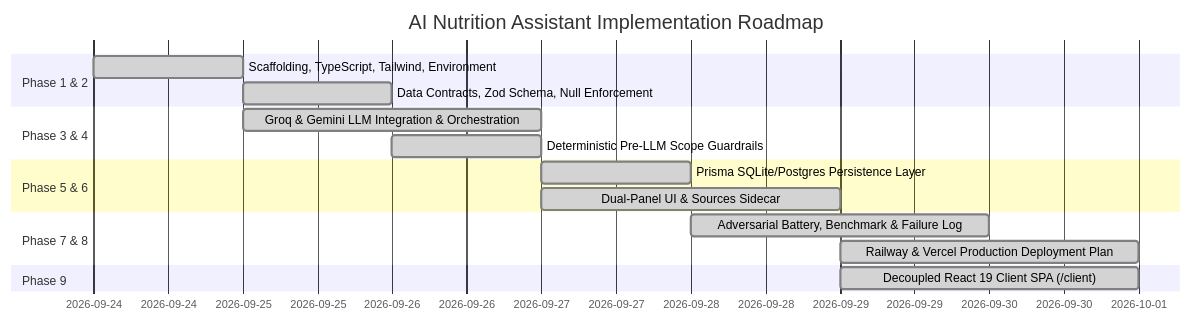
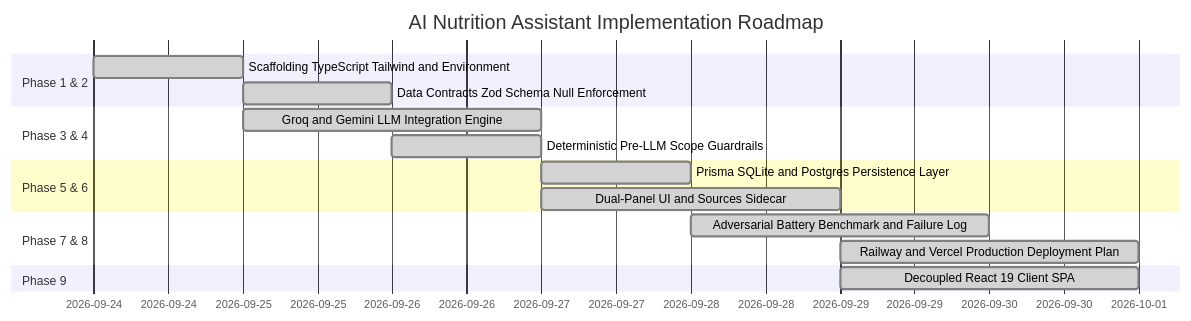
One commit to sivarajthava/nutrition-chatbot changed the fourth of 5 diagrams in README.md. Above: the diagram before and after it, drawn with Mermaid. The commit also changed 5 other files, not shown here.

````diff
--- a/README.md
+++ b/README.md
@@ -466,19 +466,19 @@
 ```mermaid
 gantt
     title AI Nutrition Assistant Implementation Roadmap
     dateFormat  YYYY-MM-DD
     section Phase 1 & 2
-    Scaffolding, TypeScript, Tailwind, Environment  :done, p1, 2026-09-24, 1d
-    Data Contracts, Zod Schema, Null Enforcement   :done, p2, 2026-09-25, 1d
+    Scaffolding TypeScript Tailwind and Environment  :done, p1, 2026-09-24, 1d
+    Data Contracts Zod Schema Null Enforcement       :done, p2, 2026-09-25, 1d
     section Phase 3 & 4
-    Groq & Gemini LLM Integration & Orchestration   :done, p3, 2026-09-25, 2d
-    Deterministic Pre-LLM Scope Guardrails          :done, p4, 2026-09-26, 1d
+    Groq and Gemini LLM Integration Engine           :done, p3, 2026-09-25, 2d
+    Deterministic Pre-LLM Scope Guardrails           :done, p4, 2026-09-26, 1d
     section Phase 5 & 6
-    Prisma SQLite/Postgres Persistence Layer        :done, p5, 2026-09-27, 1d
-    Dual-Panel UI & Sources Sidecar                 :done, p6, 2026-09-27, 2d
+    Prisma SQLite and Postgres Persistence Layer     :done, p5, 2026-09-27, 1d
+    Dual-Panel UI and Sources Sidecar                :done, p6, 2026-09-27, 2d
     section Phase 7 & 8
-    Adversarial Battery, Benchmark & Failure Log    :done, p7, 2026-09-28, 2d
-    Railway & Vercel Production Deployment Plan     :done, p8, 2026-09-29, 2d
+    Adversarial Battery Benchmark and Failure Log    :done, p7, 2026-09-28, 2d
+    Railway and Vercel Production Deployment Plan    :done, p8, 2026-09-29, 2d
     section Phase 9
-    Decoupled React 19 Client SPA (/client)         :done, p9, 2026-09-29, 2d
+    Decoupled React 19 Client SPA                    :done, p9, 2026-09-29, 2d
 ```
````
